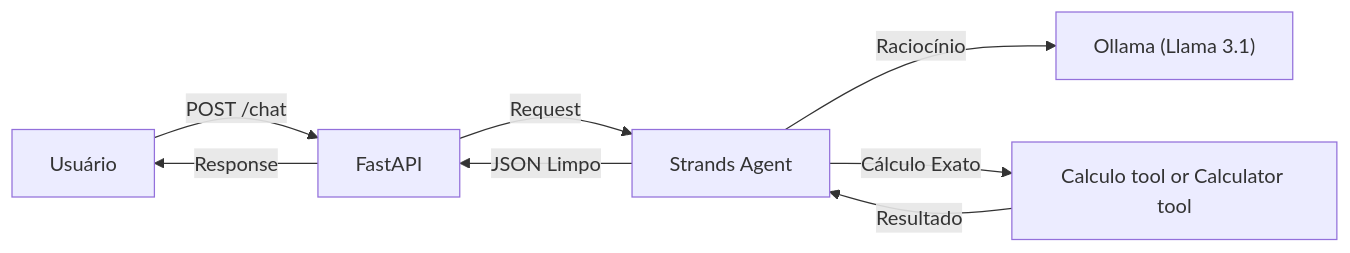
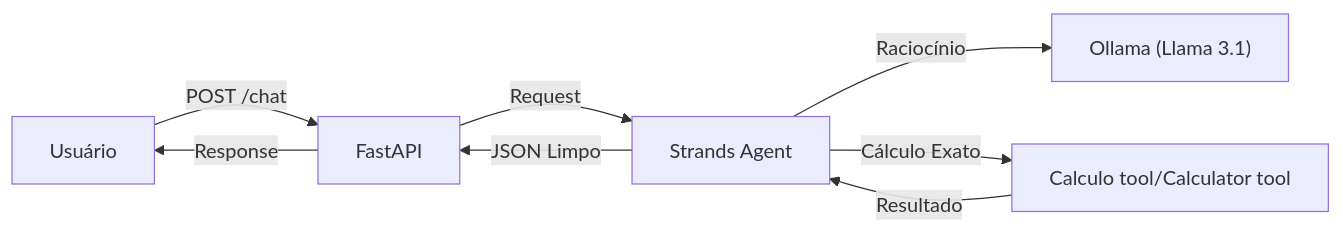
One commit to Makonmm/teste-tecnico changed the diagram in README.md. Above: the diagram before and after it, drawn with Mermaid. The commit also changed other lines of this file and 2 other files, not shown here.

````diff
--- a/README.md
+++ b/README.md
@@ -12,11 +12,11 @@
 ```mermaid
 graph LR
     User[Usuário] -->|POST /chat| API[FastAPI]
     API -->|Request| Agent[Strands Agent]
     Agent -->|Raciocínio| LLM["Ollama (Llama 3.1)"]
-    Agent -->|Cálculo Exato| Tool[Calculo tool or Calculator tool]
+    Agent -->|Cálculo Exato| Tool[Calculo tool/Calculator tool]
     Tool -->|Resultado| Agent
     Agent -->|JSON Limpo| API
     API -->|Response| User
 
 ```
````
